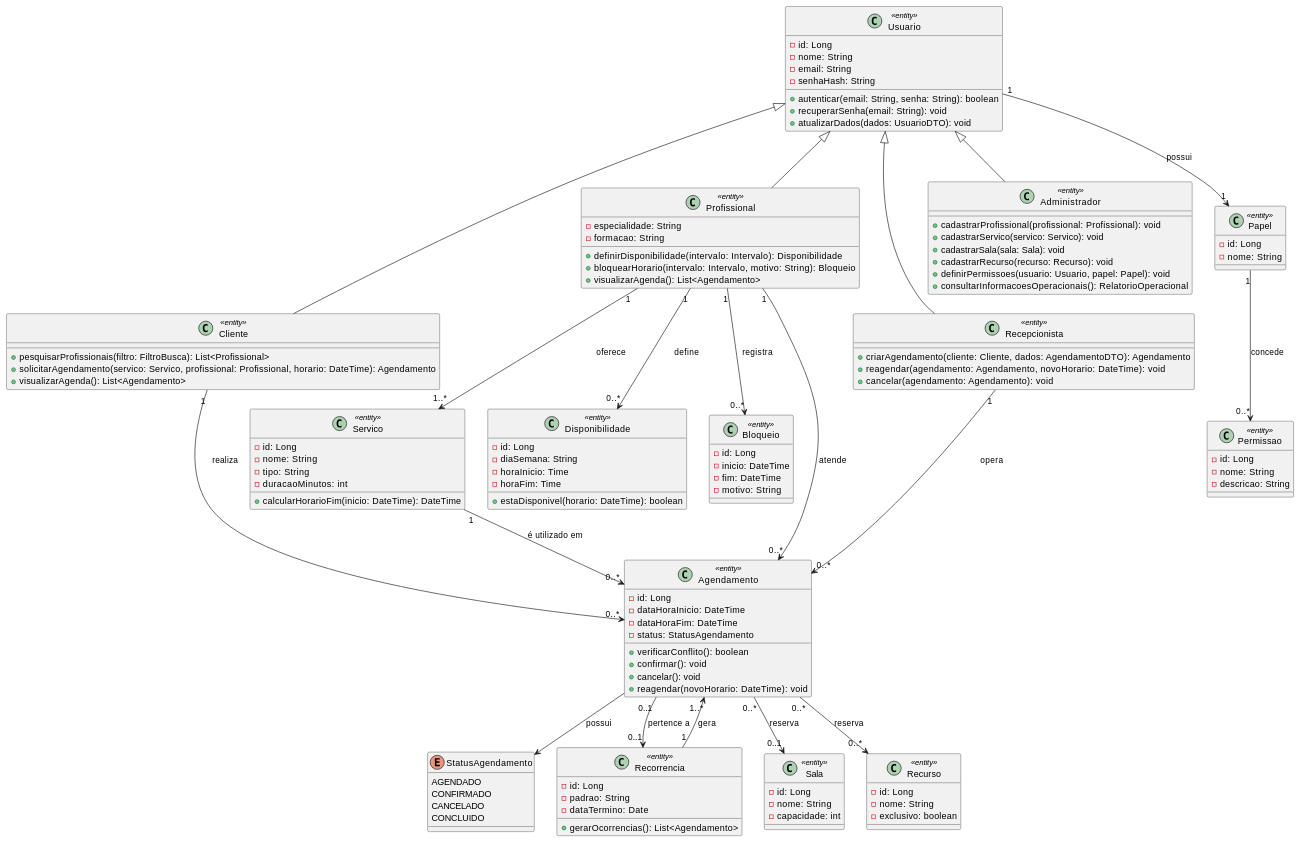
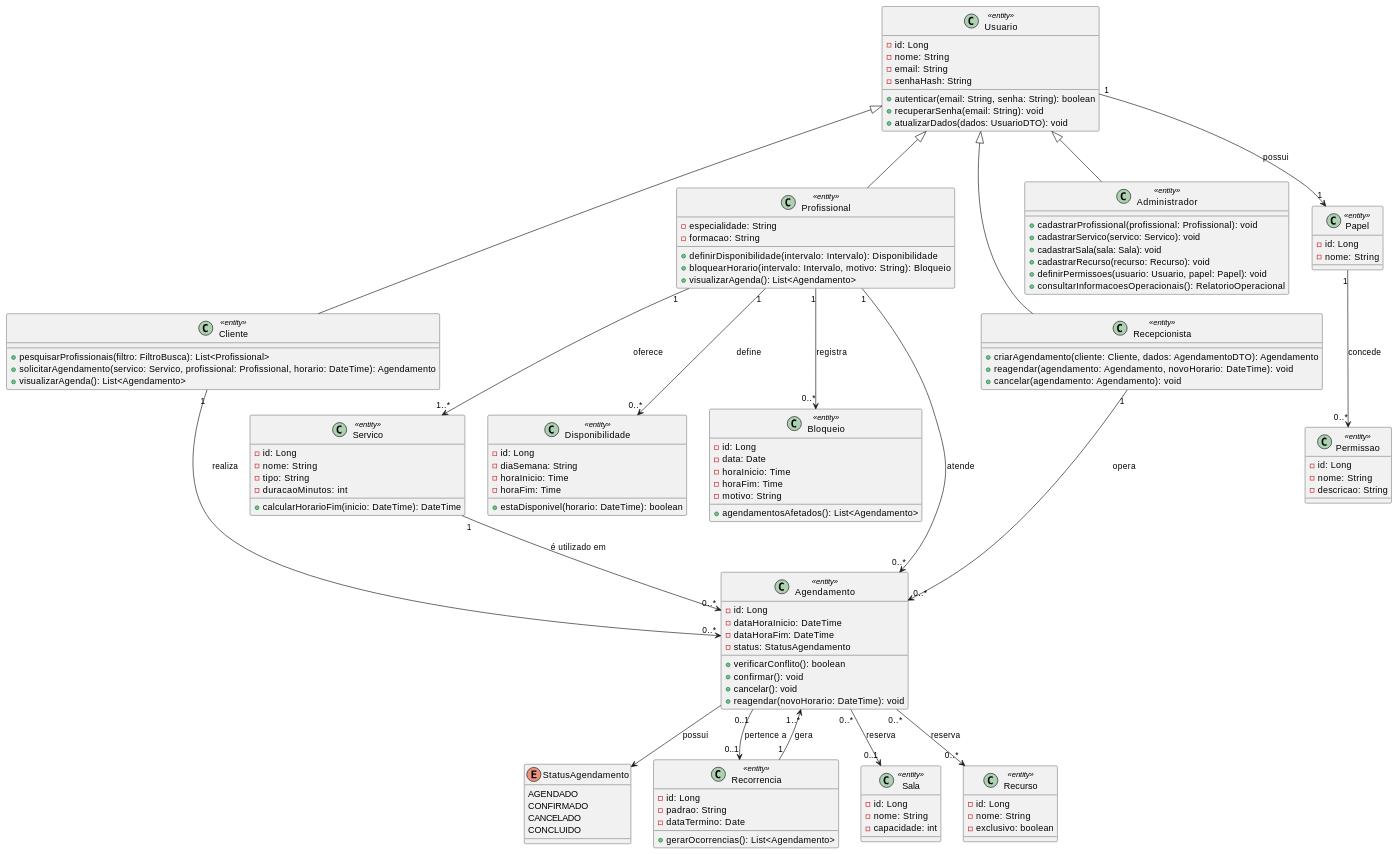
One commit to Projetos-de-Extensao/PBE_26.2_8002_I changed the diagram in docs/Elaboracao/diagrama_de_classes.md. Above: the diagram before and after it, drawn with PlantUML. The commit also changed other lines of this file and 12 other files, not shown here.

```diff
--- a/docs/Elaboracao/diagrama_de_classes.md
+++ b/docs/Elaboracao/diagrama_de_classes.md
@@ -240,9 +240,11 @@
 
 class Bloqueio <<entity>> {
   - id: Long
-  - inicio: DateTime
-  - fim: DateTime
+  - data: Date
+  - horaInicio: Time
+  - horaFim: Time
   - motivo: String
+  + agendamentosAfetados(): List<Agendamento>
 }
 
 class Agendamento <<entity>> {
```
